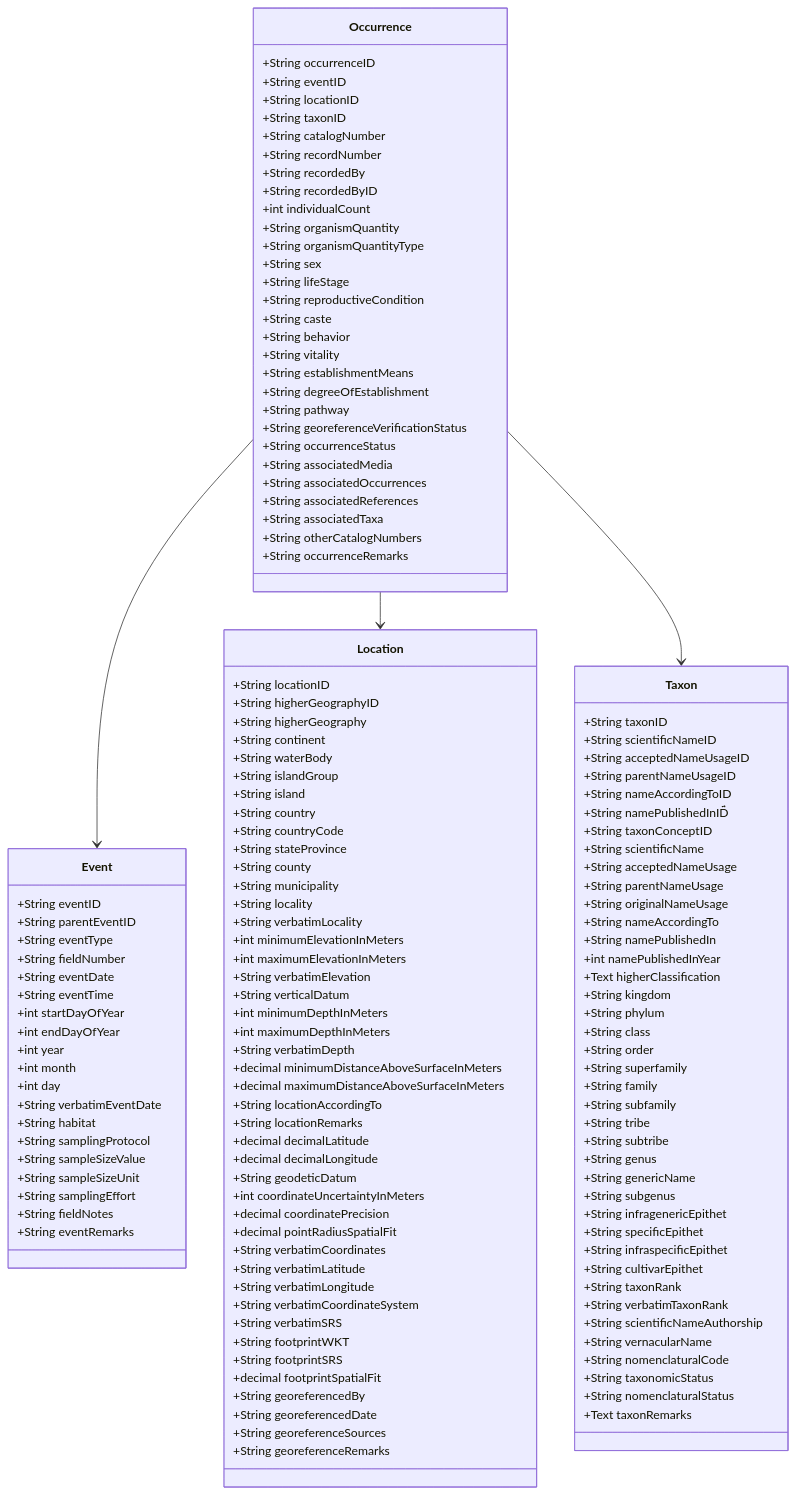
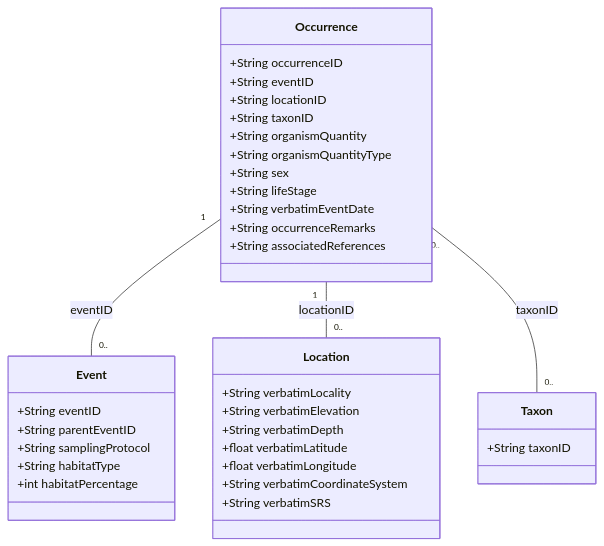
The diagram in documentation/models/models.md (karilint/mammalbase), drawn with Mermaid before and after one commit.

Commit message:
Update models-file

````diff
--- a/documentation/models/models.md
+++ b/documentation/models/models.md
@@ -1,150 +1,39 @@
 ```mermaid
 classDiagram
-	Occurrence -->Event
-	Occurrence -->Location
-	Occurrence -->Taxon
-	
-	
-	class Occurrence {
+    class Occurrence {
 		+String occurrenceID
 		+String eventID
 		+String locationID
 		+String taxonID
-		
-		+String catalogNumber
-		+String recordNumber
-		+String recordedBy
-		+String recordedByID
-		+int individualCount
 		+String organismQuantity
 		+String organismQuantityType
 		+String sex
 		+String lifeStage
-		+String reproductiveCondition
-		+String caste
-		+String behavior
-		+String vitality
-		+String establishmentMeans
-		+String degreeOfEstablishment
-		+String pathway
-		+String georeferenceVerificationStatus
-		+String occurrenceStatus
-		+String associatedMedia
-		+String associatedOccurrences
+		+String verbatimEventDate
+		+String occurrenceRemarks
 		+String associatedReferences
-		+String associatedTaxa
-		+String otherCatalogNumbers
-		+String occurrenceRemarks
-	}
-	
-	class Event {
+    }
+    class Event {
 		+String eventID
 		+String parentEventID
-		
-		+String eventType
-		+String fieldNumber
-		+String eventDate
-		+String eventTime
-		+int startDayOfYear
-		+int endDayOfYear
-		+int year
-		+int month
-		+int day
-		+String verbatimEventDate
-		+String habitat
 		+String samplingProtocol
-		+String sampleSizeValue
-		+String sampleSizeUnit
-		+String samplingEffort
-		+String fieldNotes
-		+String eventRemarks
-	}
-	
-	class Location {
-		+String locationID
-		+String higherGeographyID
-		+String higherGeography
-		+String continent
-		+String waterBody
-		+String islandGroup
-		+String island
-		+String country
-		+String countryCode
-		+String stateProvince
-		+String county
-		+String municipality
-		+String locality
-		+String verbatimLocality
-		+int minimumElevationInMeters
-		+int maximumElevationInMeters
+		+String habitatType
+		+int habitatPercentage
+    }
+    class Location {
+      	+String verbatimLocality
 		+String verbatimElevation
-		+String verticalDatum
-		+int minimumDepthInMeters
-		+int maximumDepthInMeters
 		+String verbatimDepth
-		+decimal minimumDistanceAboveSurfaceInMeters
-		+decimal maximumDistanceAboveSurfaceInMeters
-		+String locationAccordingTo
-		+String locationRemarks
-		+decimal decimalLatitude
-		+decimal decimalLongitude
-		+String geodeticDatum
-		+int coordinateUncertaintyInMeters
-		+decimal coordinatePrecision
-		+decimal pointRadiusSpatialFit
-		+String verbatimCoordinates
-		+String verbatimLatitude
-		+String verbatimLongitude
+		+float verbatimLatitude
+		+float verbatimLongitude
 		+String verbatimCoordinateSystem
 		+String verbatimSRS
-		+String footprintWKT
-		+String footprintSRS
-		+decimal footprintSpatialFit
-		+String georeferencedBy
-		+String georeferencedDate
-		+String georeferenceSources
-		+String georeferenceRemarks
-	}
-	
-	class Taxon {
-		+String taxonID
-		+String scientificNameID
-		+String acceptedNameUsageID
-		+String parentNameUsageID
-		+String nameAccordingToID
-		+String namePublishedInID̈́
-		+String taxonConceptID
-		+String scientificName
-		+String acceptedNameUsage
-		+String parentNameUsage
-		+String originalNameUsage
-		+String nameAccordingTo
-		+String namePublishedIn
-		+int namePublishedInYear
-		+Text higherClassification
-		+String kingdom
-		+String phylum
-		+String class
-		+String order
-		+String superfamily
-		+String family
-		+String subfamily
-		+String tribe
-		+String subtribe
-		+String genus
-		+String genericName
-		+String subgenus
-		+String infragenericEpithet
-		+String specificEpithet
-		+String infraspecificEpithet
-		+String cultivarEpithet
-		+String taxonRank
-		+String verbatimTaxonRank
-		+String scientificNameAuthorship
-		+String vernacularName
-		+String nomenclaturalCode
-		+String taxonomicStatus
-		+String nomenclaturalStatus
-		+Text taxonRemarks
-	}
+    }
+    class Taxon {
+      	+String taxonID
+    }
+
+    Occurrence "1" -- "0.." Event : eventID
+    Occurrence "1" -- "0.." Location : locationID
+    Occurrence "0.." -- "0.." Taxon : taxonID
 ```
````
